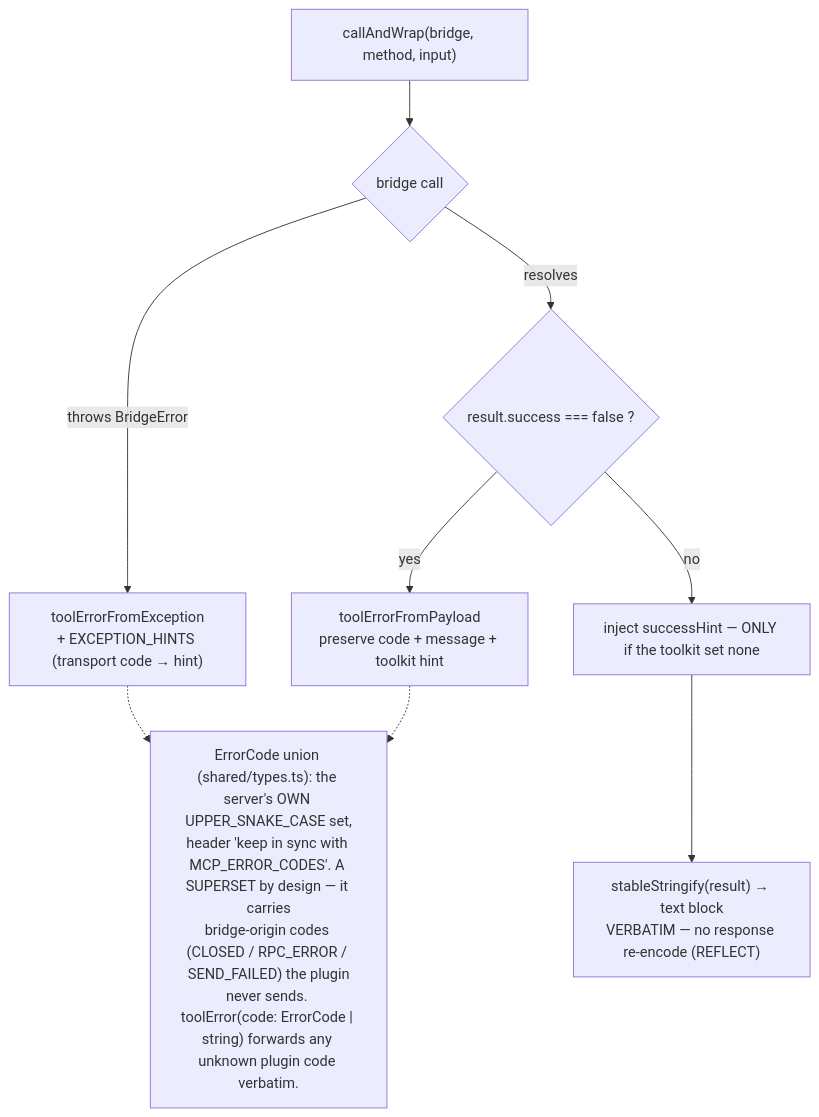
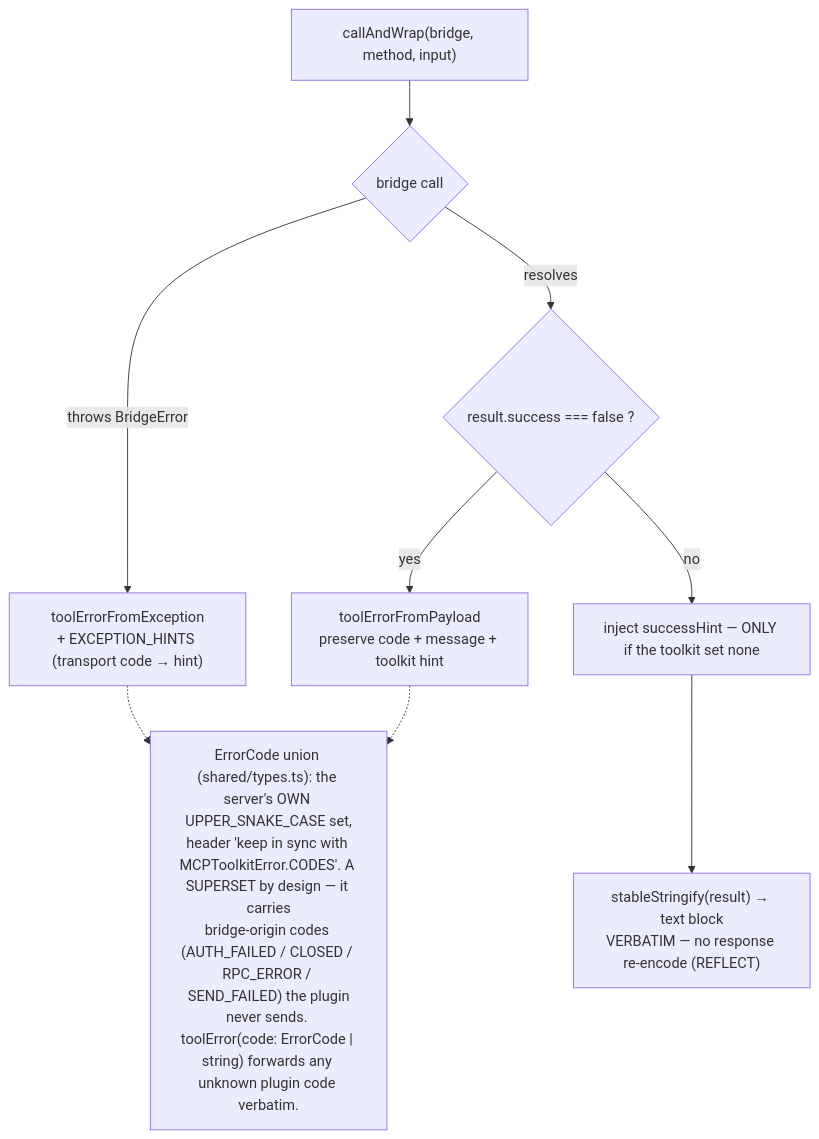
Before and after one commit to NPGameDev/godot-mcp-server: the seventh of 13 diagrams in docs/architecture/README.md, drawn with Mermaid. The commit also changed other lines of this file, not shown here.

First line of the commit message:
docs(architecture): finalize the 1.0 architecture doc for the full 41n-series delta

````diff
--- a/docs/architecture/README.md
+++ b/docs/architecture/README.md
@@ -383,12 +385,12 @@
 ```mermaid
 flowchart TD
     call["callAndWrap(bridge, method, input)"] --> br{"bridge call"}
     br -->|"throws BridgeError"| exc["toolErrorFromException<br/>+ EXCEPTION_HINTS (transport code → hint)"]
     br -->|"resolves"| payload{"result.success === false ?"}
     payload -->|"yes"| pe["toolErrorFromPayload<br/>preserve code + message + toolkit hint"]
     payload -->|"no"| hint["inject successHint — ONLY if the toolkit set none"]
     hint --> reflect["stableStringify(result) → text block<br/>VERBATIM — no response re-encode (REFLECT)"]
-    note["ErrorCode union (shared/types.ts): the server's OWN UPPER_SNAKE_CASE set,<br/>header 'keep in sync with MCP_ERROR_CODES'. A SUPERSET by design — it carries<br/>bridge-origin codes (CLOSED / RPC_ERROR / SEND_FAILED) the plugin<br/>never sends. toolError(code: ErrorCode | string) forwards any unknown plugin code verbatim."]
+    note["ErrorCode union (shared/types.ts): the server's OWN UPPER_SNAKE_CASE set,<br/>header 'keep in sync with MCPToolkitError.CODES'. A SUPERSET by design — it carries<br/>bridge-origin codes (AUTH_FAILED / CLOSED / RPC_ERROR / SEND_FAILED) the plugin<br/>never sends. toolError(code: ErrorCode | string) forwards any unknown plugin code verbatim."]
     exc -.-> note
     pe -.-> note
 ```
````
